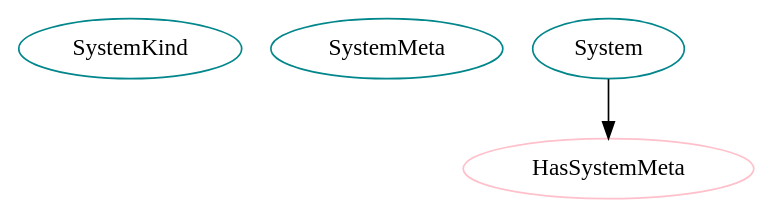
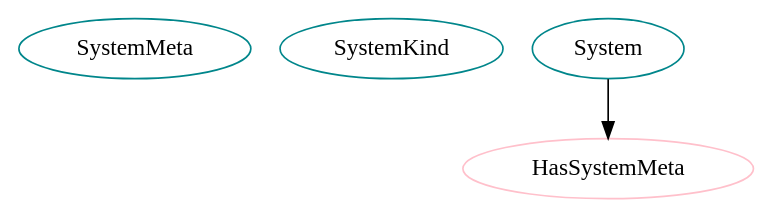
One commit to JacquesCarette/Drasil changed the diagram in analysis/ClassInstDep/packagegraphs/system.dot. Above: the diagram before and after it, drawn with Graphviz. The commit also changed other lines of this file and 718 other files, not shown here.

```diff
--- a/analysis/ClassInstDep/packagegraphs/system.dot
+++ b/analysis/ClassInstDep/packagegraphs/system.dot
@@ -1,7 +1,7 @@
 digraph system{
+SystemMeta	[shape=oval, color=turquoise4, label="SystemMeta"];
 SystemKind	[shape=oval, color=turquoise4, label="SystemKind"];
-SystemMeta	[shape=oval, color=turquoise4, label="SystemMeta"];
 System	[shape=oval, color=turquoise4, label="System"];
 HasSystemMeta	[shape=oval, color=pink, label="HasSystemMeta"];
 System -> HasSystemMeta;
 }
```
